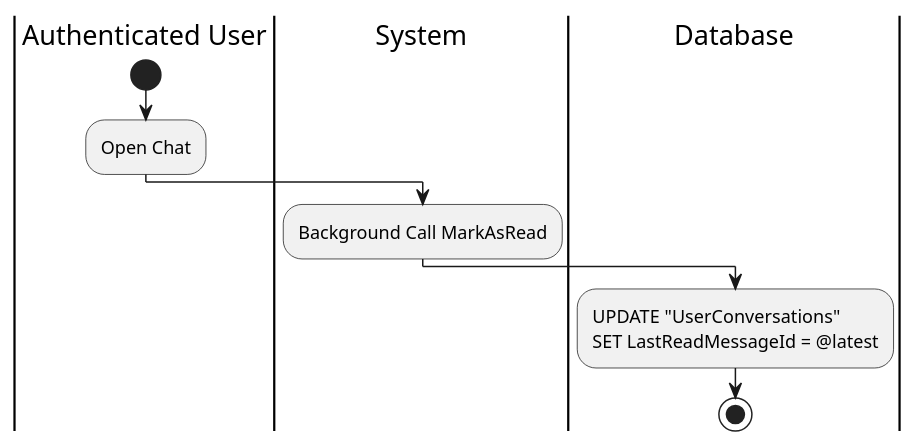
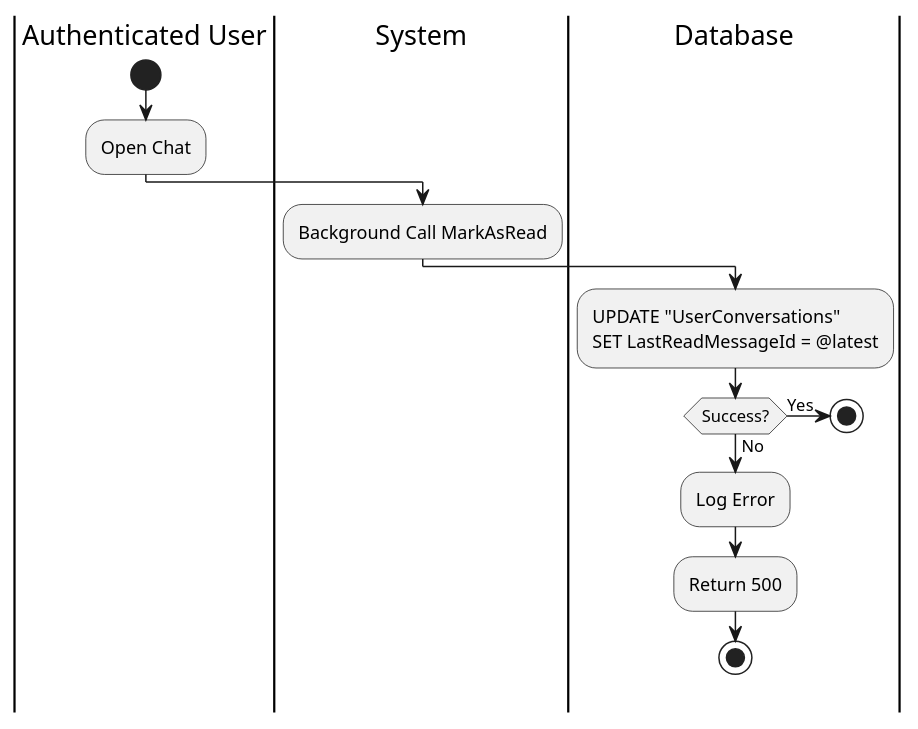
Diagram 13 of 16 in UC_2.1.7_Chat.md (I-Love-U-3000/Favi-BE), drawn with PlantUML before and after one commit. The commit also changed other lines of this file and 4 other files, not shown here.

````diff
--- a/UC_2.1.7_Chat.md
+++ b/UC_2.1.7_Chat.md
@@ -512,13 +530,19 @@
 ```plantuml
 @startuml
 |Authenticated User|
 start
 :Open Chat;
 |System|
 :Background Call MarkAsRead;
 |Database|
 :UPDATE "UserConversations" 
 SET LastReadMessageId = @latest;
-stop
+if (Success?) then (Yes)
+    stop
+else (No)
+    :Log Error;
+    :Return 500;
+    stop
+endif
 @enduml
 ```
````
